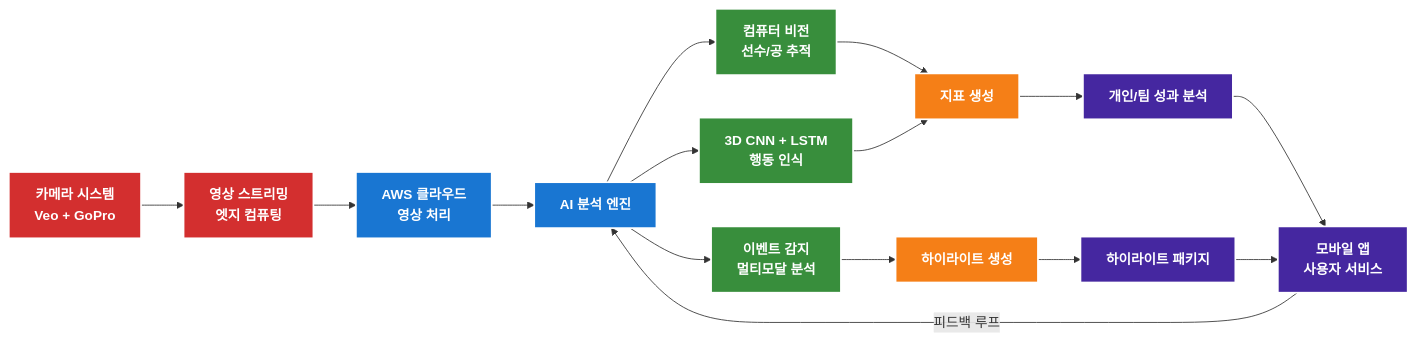
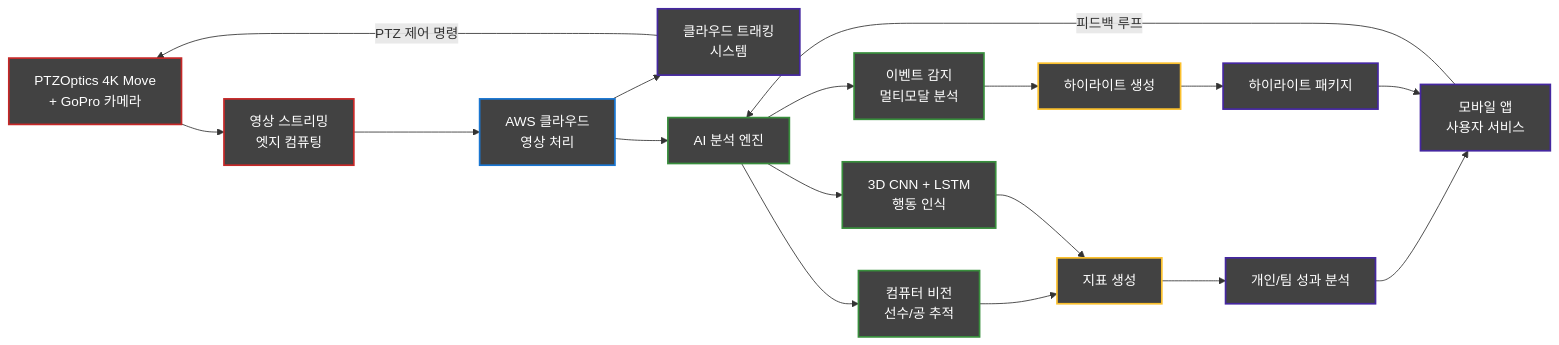
Before and after one commit to Mbt70/ROKAF-Startup-Challenge-Every-futsal-: the third of 4 diagrams in README.md, drawn with Mermaid. The commit also changed other lines of this file, not shown here.

````diff
--- a/README.md
+++ b/README.md
@@ -388,42 +431,47 @@
 ```mermaid
 flowchart LR
+    %% Main flow
+    A[PTZOptics 4K Move<br>+ GoPro 카메라] --> B[영상 스트리밍<br>엣지 컴퓨팅]
+    B --> C[AWS 클라우드<br>영상 처리]
     
-    %% Main flow
-    
-    A[카메라 시스템<br>Veo + GoPro] --> B[영상 스트리밍<br>엣지 컴퓨팅]
-    B --> C[AWS 클라우드<br>영상 처리]
-    C --> D[AI 분석 엔진]
+    %% New tracking system
+    C --> D1[클라우드 트래킹<br>시스템]
+    D1 --> |PTZ 제어 명령| A
     
     %% AI analysis branches
-    D --> E1[컴퓨터 비전<br>선수/공 추적]
-    D --> E2[3D CNN + LSTM<br>행동 인식]
-    D --> E3[이벤트 감지<br>멀티모달 분석]
+    C --> D2[AI 분석 엔진]
+    
+    D2 --> E1[컴퓨터 비전<br>선수/공 추적]
+    D2 --> E2[3D CNN + LSTM<br>행동 인식]
+    D2 --> E3[이벤트 감지<br>멀티모달 분석]
     
     %% Outputs from AI
     E1 --> F1[지표 생성]
     E2 --> F1
     E3 --> F2[하이라이트 생성]
     
     %% Final products
     F1 --> G1[개인/팀 성과 분석]
     F2 --> G2[하이라이트 패키지]
     
     G1 --> H[모바일 앱<br>사용자 서비스]
     G2 --> H
     
     %% Feedback loop
-    H --> |피드백 루프|D
+    H --> |피드백 루프| D2
     
-    %% Styling (가독성 향상을 위한 진한 배경, 흰색 텍스트, 외곽선)
-    classDef input fill:#D32F2F,stroke:#fff,stroke-width:2px, color:#fff, font-weight:bold;
-    classDef process fill:#1976D2,stroke:#fff,stroke-width:2px, color:#fff, font-weight:bold;
-    classDef aiAnalysis fill:#388E3C,stroke:#fff,stroke-width:2px, color:#fff, font-weight:bold;
-    classDef output fill:#F57F17,stroke:#fff,stroke-width:2px, color:#fff, font-weight:bold;
-    classDef delivery fill:#4527A0,stroke:#fff,stroke-width:2px, color:#fff, font-weight:bold;
+    %% Styling with dark background and white text
+    classDef input    fill:#424242,stroke:#c62828,stroke-width:2px,color:#fff;
+    classDef process  fill:#424242,stroke:#1976d2,stroke-width:2px,color:#fff;
+    classDef tracking fill:#424242,stroke:#4527a0,stroke-width:2px,color:#fff;
+    classDef aiAnalysis fill:#424242,stroke:#388e3c,stroke-width:2px,color:#fff;
+    classDef output   fill:#424242,stroke:#fbc02d,stroke-width:2px,color:#fff;
+    classDef delivery fill:#424242,stroke:#4527a0,stroke-width:2px,color:#fff;
     
-    class A,B input
-    class C,D process
-    class E1,E2,E3 aiAnalysis
-    class F1,F2 output
-    class G1,G2,H delivery
+    class A,B input;
+    class C process;
+    class D1 tracking;
+    class D2,E1,E2,E3 aiAnalysis;
+    class F1,F2 output;
+    class G1,G2,H delivery;
 ```
````
